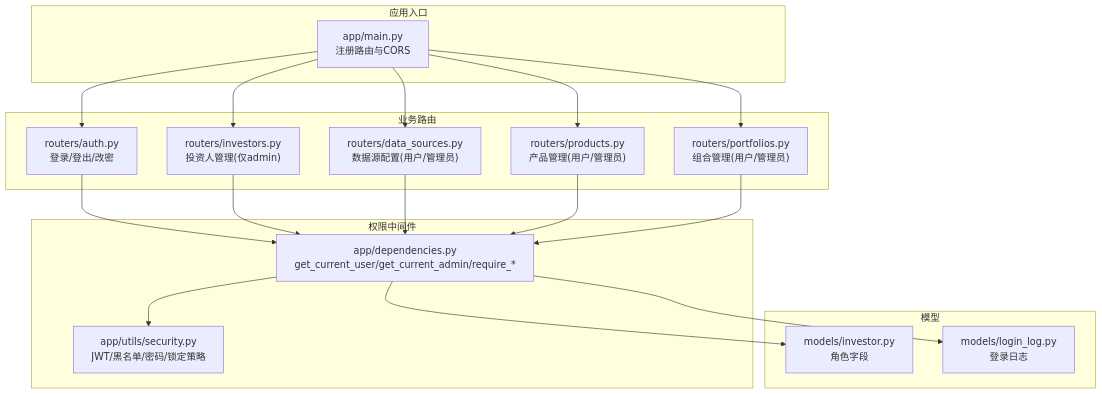
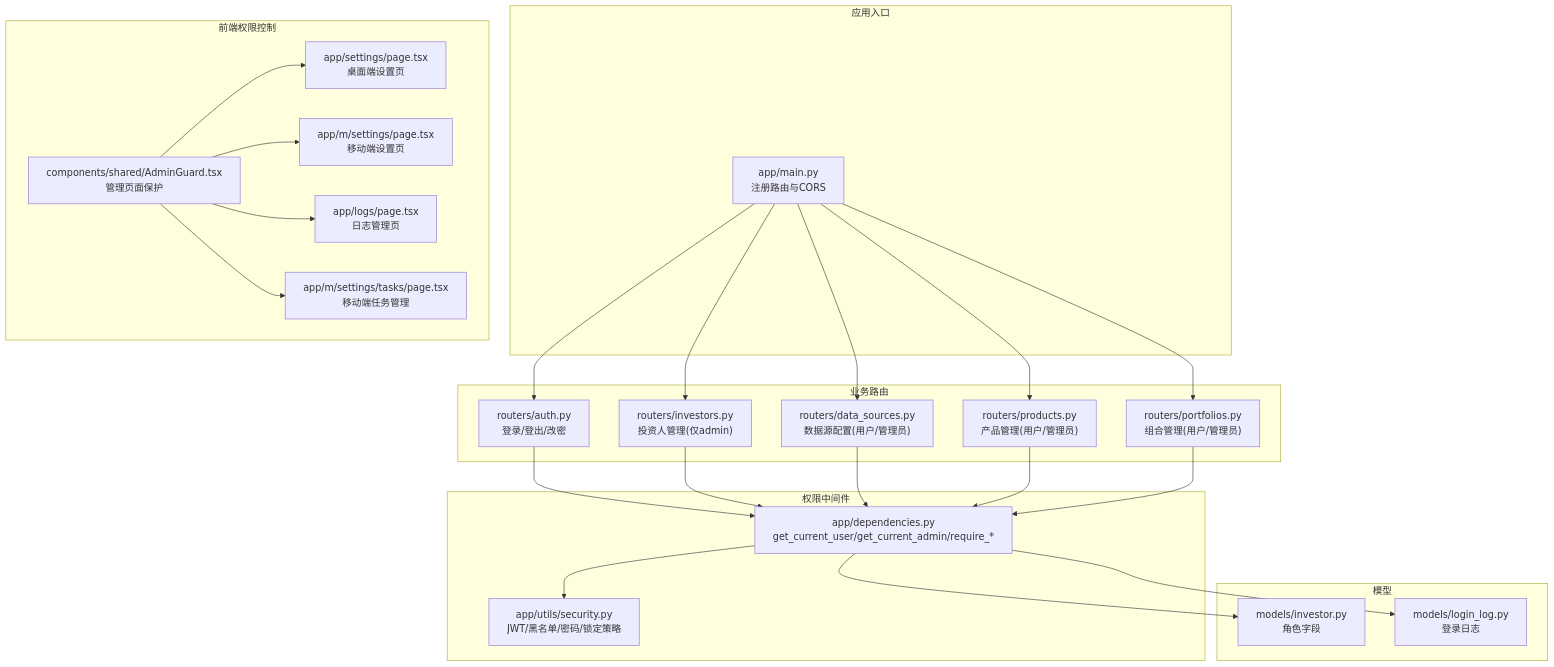
The first of 7 diagrams in .qoder/repowiki/zh/content/认证与安全/权限控制系统.md (gujialind/InvestRing), drawn with Mermaid before and after one commit. The commit also changed other lines of this file and 32 other files, not shown here.

````diff
--- a/.qoder/repowiki/zh/content/认证与安全/权限控制系统.md
+++ b/.qoder/repowiki/zh/content/认证与安全/权限控制系统.md
@@ -46,34 +62,45 @@
 ```mermaid
 graph TB
 subgraph "应用入口"
 MAIN["app/main.py<br/>注册路由与CORS"]
 end
 subgraph "权限中间件"
 DEPS["app/dependencies.py<br/>get_current_user/get_current_admin/require_*"]
 SEC["app/utils/security.py<br/>JWT/黑名单/密码/锁定策略"]
 end
 subgraph "模型"
 INV["models/investor.py<br/>角色字段"]
 LOG["models/login_log.py<br/>登录日志"]
 end
 subgraph "业务路由"
 AUTH["routers/auth.py<br/>登录/登出/改密"]
 INVS["routers/investors.py<br/>投资人管理(仅admin)"]
 DS["routers/data_sources.py<br/>数据源配置(用户/管理员)"]
 PROD["routers/products.py<br/>产品管理(用户/管理员)"]
 PORT["routers/portfolios.py<br/>组合管理(用户/管理员)"]
 end
+subgraph "前端权限控制"
+AG["components/shared/AdminGuard.tsx<br/>管理页面保护"]
+SETTINGS["app/settings/page.tsx<br/>桌面端设置页"]
+MSETTINGS["app/m/settings/page.tsx<br/>移动端设置页"]
+LOGS["app/logs/page.tsx<br/>日志管理页"]
+MTASKS["app/m/settings/tasks/page.tsx<br/>移动端任务管理"]
+end
 MAIN --> AUTH
 MAIN --> INVS
 MAIN --> DS
 MAIN --> PROD
 MAIN --> PORT
 AUTH --> DEPS
 INVS --> DEPS
 DS --> DEPS
 PROD --> DEPS
 PORT --> DEPS
+AG --> SETTINGS
+AG --> MSETTINGS
+AG --> LOGS
+AG --> MTASKS
 DEPS --> SEC
 DEPS --> INV
 DEPS --> LOG
 ```
````
